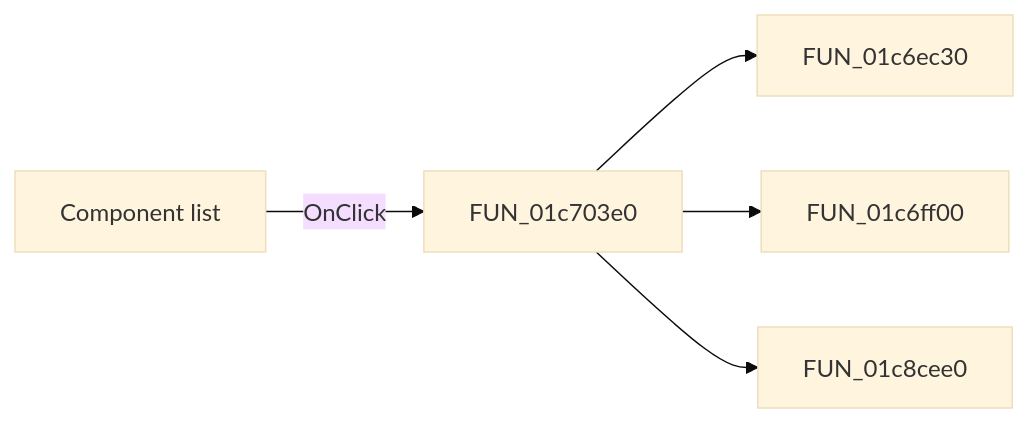
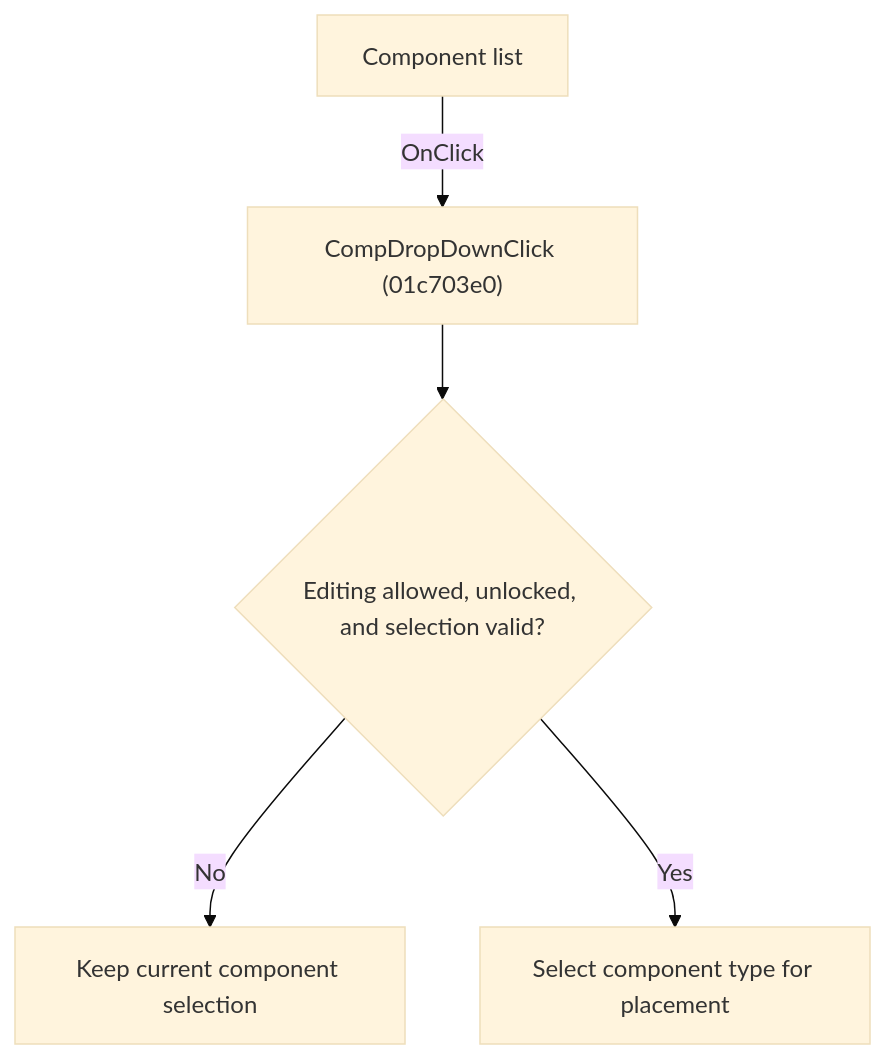
One commit to MovGP0/TIARA changed the diagram in docs/ui-controls/schematiceditor/compdropdown-44e2c9a6a0.md. Above: the diagram before and after it, drawn with Mermaid (base theme). The commit also changed other lines of this file and 1062 other files, not shown here.

````diff
--- a/docs/ui-controls/schematiceditor/compdropdown-44e2c9a6a0.md
+++ b/docs/ui-controls/schematiceditor/compdropdown-44e2c9a6a0.md
@@ -27,7 +27,7 @@
 ```mermaid
-flowchart LR
-    control["Component list"] -->|OnClick| handler["FUN_01c703e0"]
-    handler --> call1["FUN_01c6ec30"]
-    handler --> call2["FUN_01c6ff00"]
-    handler --> call3["FUN_01c8cee0"]
+flowchart TD
+    control["Component list"] -->|"OnClick"| handler["CompDropDownClick (01c703e0)"]
+    handler --> guard{"Editing allowed, unlocked, and selection valid?"}
+    guard -->|"No"| noChange["Keep current component selection"]
+    guard -->|"Yes"| action["Select component type for placement"]
 ```
````
